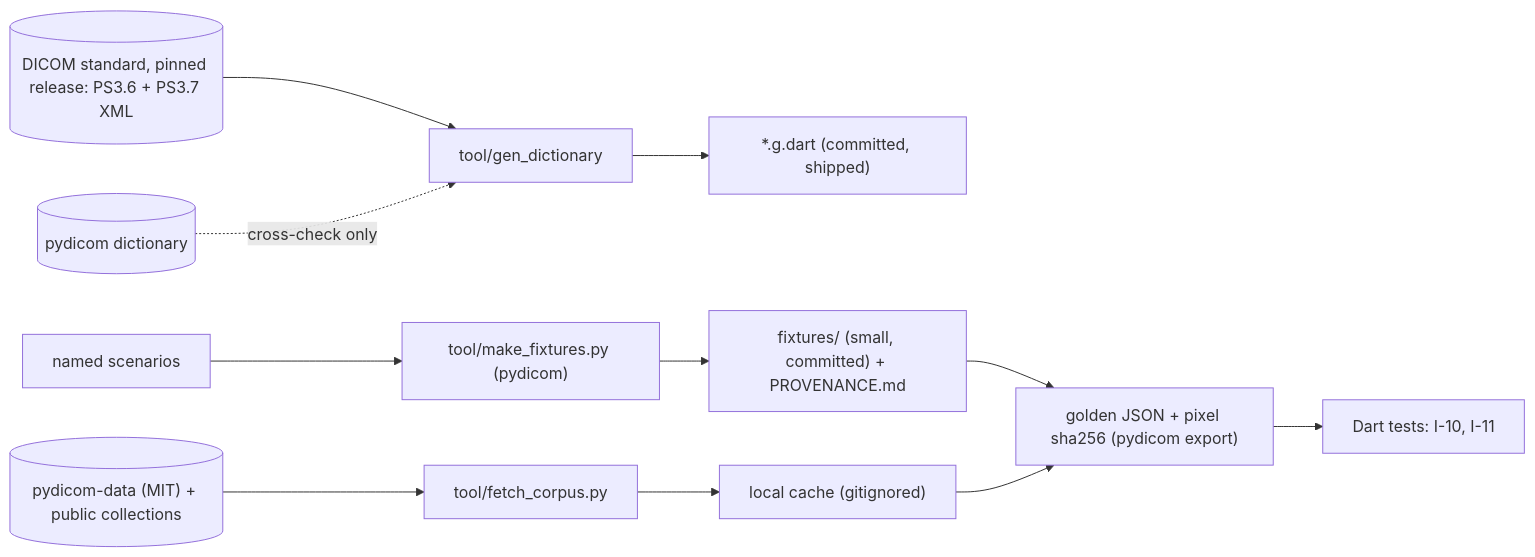
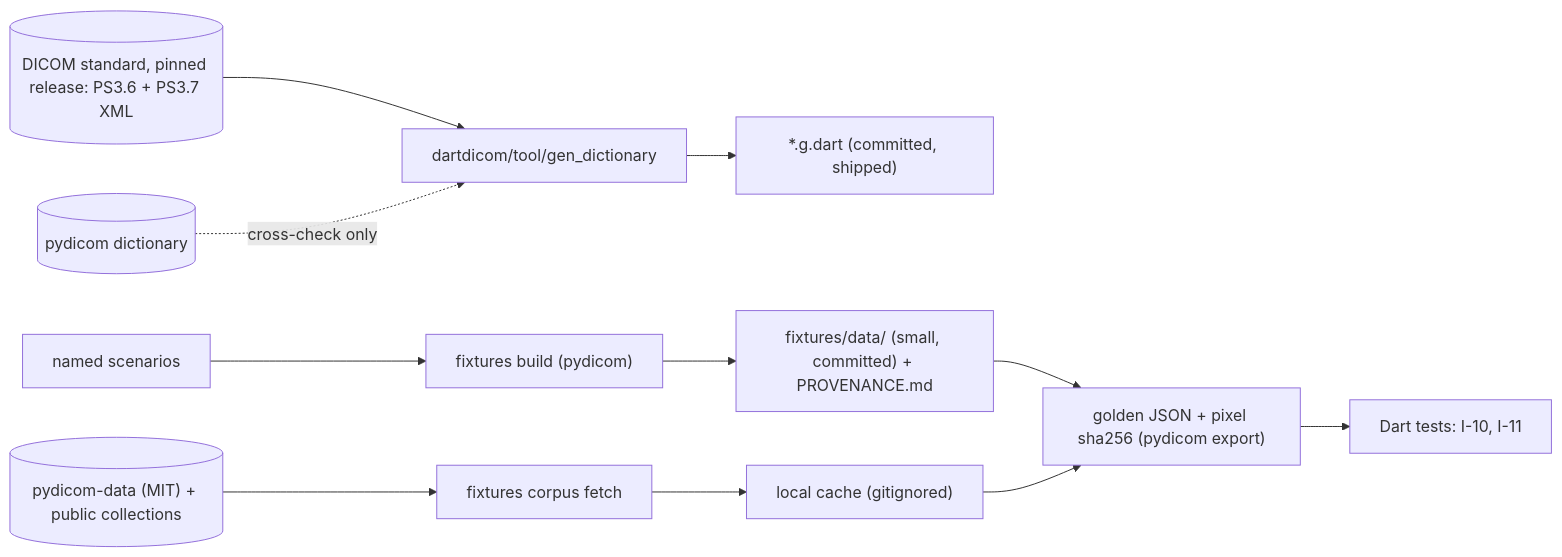
Before and after one commit to Lightbridge-KS/dartdicom: the sixth of 6 diagrams in docs/design/02-data-architecture.md, drawn with Mermaid. The commit also changed other lines of this file and 108 other files, not shown here.

First line of the commit message:
feat: generate the DICOM 2026d dictionary and add the fixtures package (M0)

````diff
--- a/docs/design/02-data-architecture.md
+++ b/docs/design/02-data-architecture.md
@@ -260,13 +260,13 @@
 ```mermaid
 flowchart LR
-    nema[("DICOM standard, pinned release: PS3.6 + PS3.7 XML")] --> gen["tool/gen_dictionary"]
+    nema[("DICOM standard, pinned release: PS3.6 + PS3.7 XML")] --> gen["dartdicom/tool/gen_dictionary"]
     gen --> g["*.g.dart (committed, shipped)"]
     pyd[("pydicom dictionary")] -. "cross-check only" .-> gen
-    scen["named scenarios"] --> mk["tool/make_fixtures.py (pydicom)"]
-    corp[("pydicom-data (MIT) + public collections")] --> fetch["tool/fetch_corpus.py"]
-    mk --> fx["fixtures/ (small, committed) + PROVENANCE.md"]
+    scen["named scenarios"] --> mk["fixtures build (pydicom)"]
+    corp[("pydicom-data (MIT) + public collections")] --> fetch["fixtures corpus fetch"]
+    mk --> fx["fixtures/data/ (small, committed) + PROVENANCE.md"]
     fetch --> cache["local cache (gitignored)"]
     fx --> gold["golden JSON + pixel sha256 (pydicom export)"]
     cache --> gold
     gold --> tests["Dart tests: I-10, I-11"]
 ```
````
